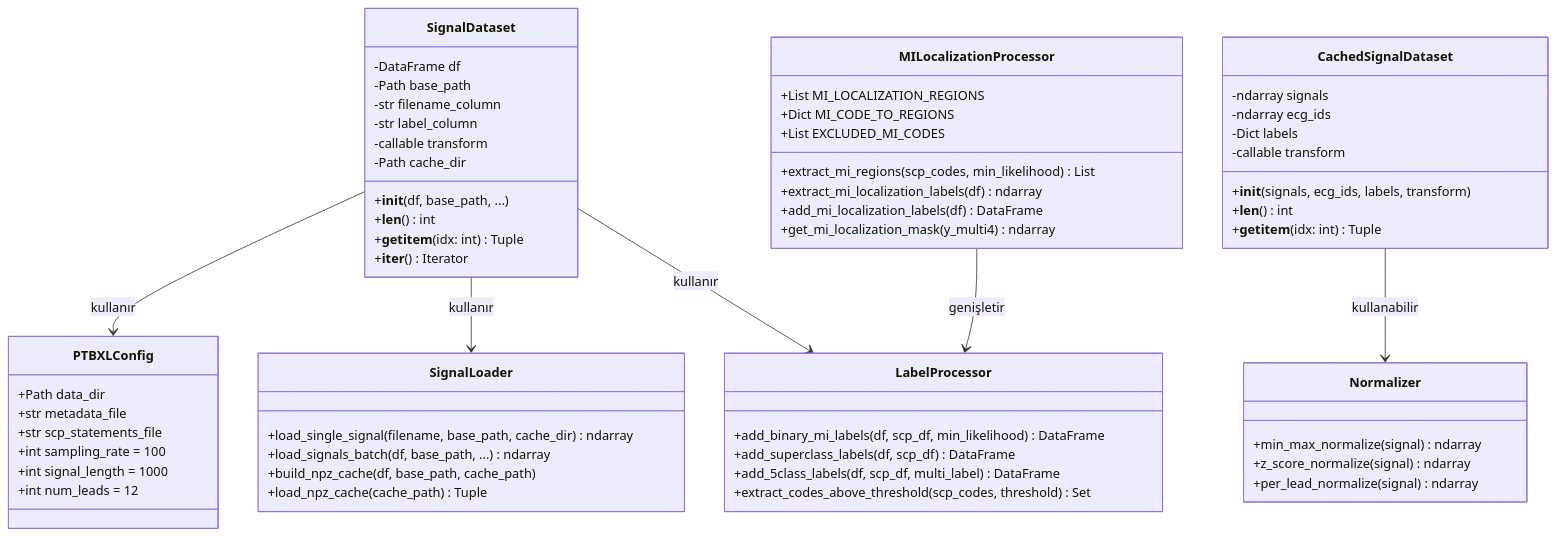
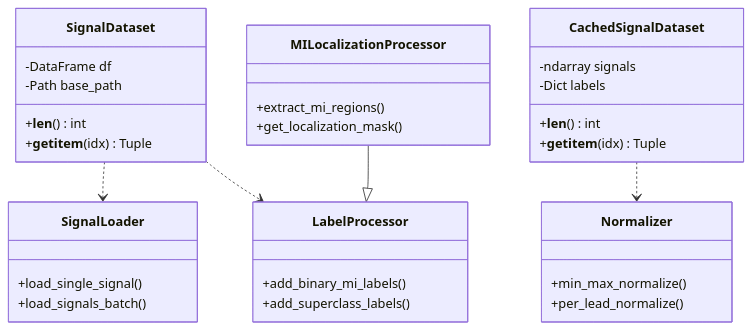
One commit to mUsaulug/CardioGuard-AI changed the second of 8 diagrams in docs/diagrams/03_class_diagram.md. Above: the diagram before and after it, drawn with Mermaid. The commit also changed other lines of this file and 3 other files, not shown here.

````diff
--- a/docs/diagrams/03_class_diagram.md
+++ b/docs/diagrams/03_class_diagram.md
@@ -152,72 +69,43 @@
 ```mermaid
 classDiagram
     direction TB
     
     class SignalDataset {
         -DataFrame df
         -Path base_path
-        -str filename_column
-        -str label_column
-        -callable transform
-        -Path cache_dir
-        +__init__(df, base_path, ...)
         +__len__() int
-        +__getitem__(idx: int) Tuple
-        +__iter__() Iterator
+        +__getitem__(idx) Tuple
     }
     
     class CachedSignalDataset {
         -ndarray signals
-        -ndarray ecg_ids
         -Dict labels
-        -callable transform
-        +__init__(signals, ecg_ids, labels, transform)
         +__len__() int
-        +__getitem__(idx: int) Tuple
-    }
-    
-    class PTBXLConfig {
-        +Path data_dir
-        +str metadata_file
-        +str scp_statements_file
-        +int sampling_rate = 100
-        +int signal_length = 1000
-        +int num_leads = 12
+        +__getitem__(idx) Tuple
     }
     
     class LabelProcessor {
-        +add_binary_mi_labels(df, scp_df, min_likelihood) DataFrame
-        +add_superclass_labels(df, scp_df) DataFrame
-        +add_5class_labels(df, scp_df, multi_label) DataFrame
-        +extract_codes_above_threshold(scp_codes, threshold) Set
+        +add_binary_mi_labels()
+        +add_superclass_labels()
     }
     
     class MILocalizationProcessor {
-        +List MI_LOCALIZATION_REGIONS
-        +Dict MI_CODE_TO_REGIONS
-        +List EXCLUDED_MI_CODES
-        +extract_mi_regions(scp_codes, min_likelihood) List
-        +extract_mi_localization_labels(df) ndarray
-        +add_mi_localization_labels(df) DataFrame
-        +get_mi_localization_mask(y_multi4) ndarray
+        +extract_mi_regions()
+        +get_localization_mask()
     }
     
     class SignalLoader {
-        +load_single_signal(filename, base_path, cache_dir) ndarray
-        +load_signals_batch(df, base_path, ...) ndarray
-        +build_npz_cache(df, base_path, cache_path)
-        +load_npz_cache(cache_path) Tuple
+        +load_single_signal()
+        +load_signals_batch()
     }
     
     class Normalizer {
-        +min_max_normalize(signal) ndarray
-        +z_score_normalize(signal) ndarray
-        +per_lead_normalize(signal) ndarray
+        +min_max_normalize()
+        +per_lead_normalize()
     }
     
-    SignalDataset --> PTBXLConfig : kullanır
-    SignalDataset --> SignalLoader : kullanır
-    SignalDataset --> LabelProcessor : kullanır
-    CachedSignalDataset --> Normalizer : kullanabilir
-    MILocalizationProcessor --> LabelProcessor : genişletir
+    SignalDataset ..> SignalLoader
+    SignalDataset ..> LabelProcessor
+    MILocalizationProcessor --|> LabelProcessor
+    CachedSignalDataset ..> Normalizer
 ```
````
